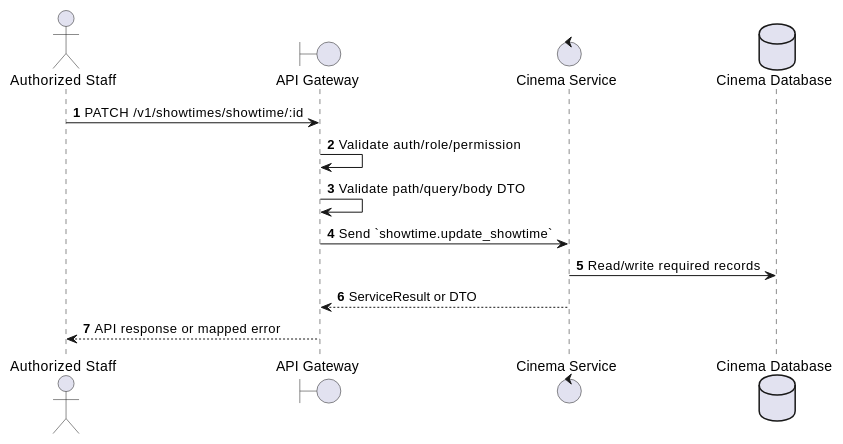
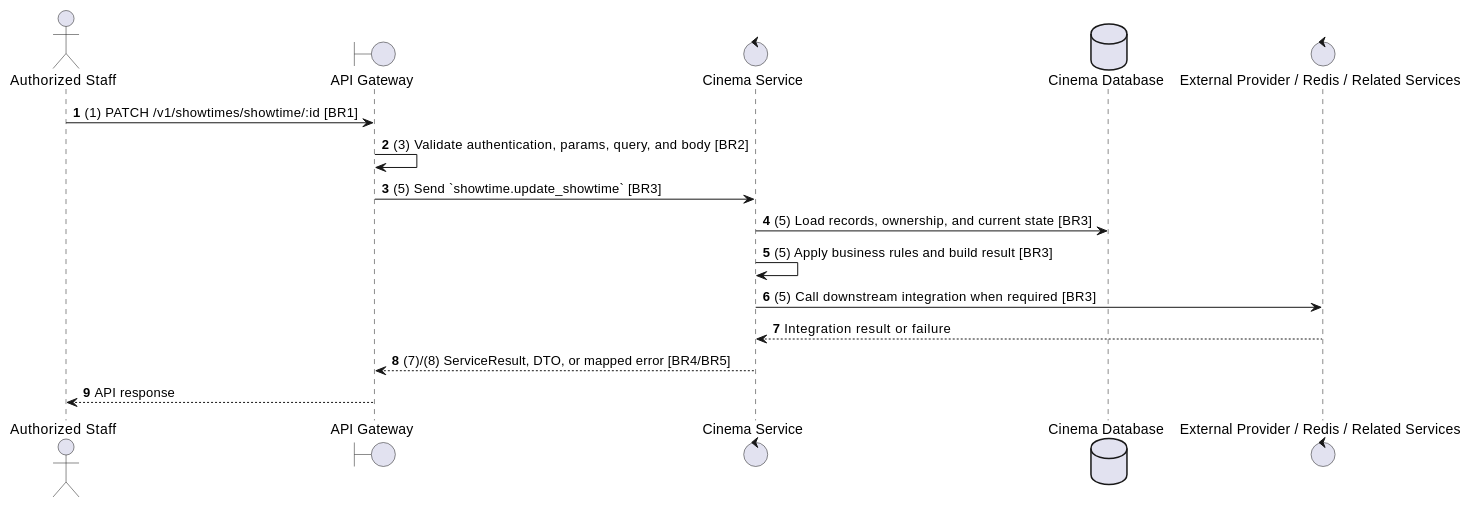
One commit to Tanh1603/movie-hub-architecture changed the second of 2 diagrams in docs/functional_specs/3.4_Showtime_Scheduling/ST-05_Update_Showtime.md. Above: the diagram before and after it, drawn with PlantUML. The commit also changed other lines of this file and 129 other files, not shown here.

````diff
--- a/docs/functional_specs/3.4_Showtime_Scheduling/ST-05_Update_Showtime.md
+++ b/docs/functional_specs/3.4_Showtime_Scheduling/ST-05_Update_Showtime.md
@@ -17,17 +64,20 @@
 ```plantuml
 @startuml
 autonumber
 actor "Authorized Staff" as Actor
 boundary "API Gateway" as GW
 control "Cinema Service" as SVC
 database "Cinema Database" as DB
+control "External Provider / Redis / Related Services" as EXT
 
-Actor -> GW: PATCH /v1/showtimes/showtime/:id
-GW -> GW: Validate auth/role/permission
-GW -> GW: Validate path/query/body DTO
-GW -> SVC: Send `showtime.update_showtime`
-SVC -> DB: Read/write required records
-SVC --> GW: ServiceResult or DTO
-GW --> Actor: API response or mapped error
+Actor -> GW: (1) PATCH /v1/showtimes/showtime/:id [BR1]
+GW -> GW: (3) Validate authentication, params, query, and body [BR2]
+GW -> SVC: (5) Send `showtime.update_showtime` [BR3]
+SVC -> DB: (5) Load records, ownership, and current state [BR3]
+SVC -> SVC: (5) Apply business rules and build result [BR3]
+SVC -> EXT: (5) Call downstream integration when required [BR3]
+EXT --> SVC: Integration result or failure
+SVC --> GW: (7)/(8) ServiceResult, DTO, or mapped error [BR4/BR5]
+GW --> Actor: API response
 @enduml
 ```
````
